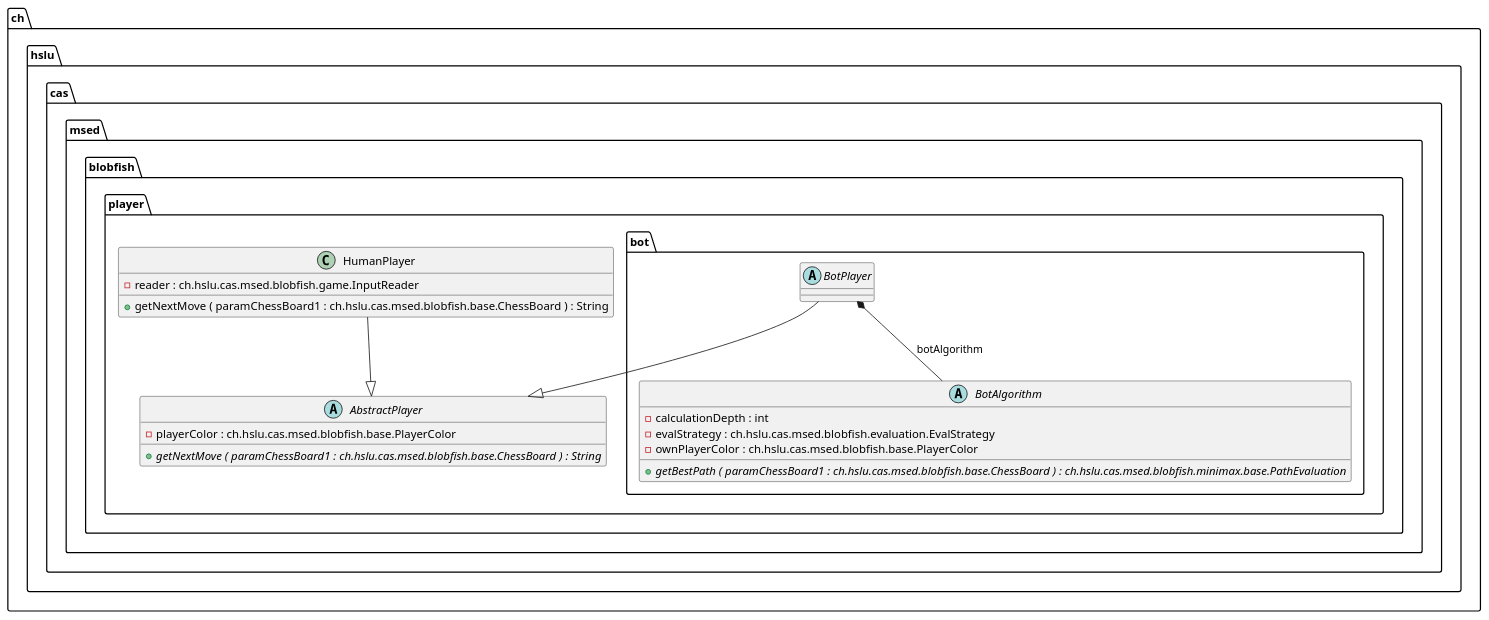
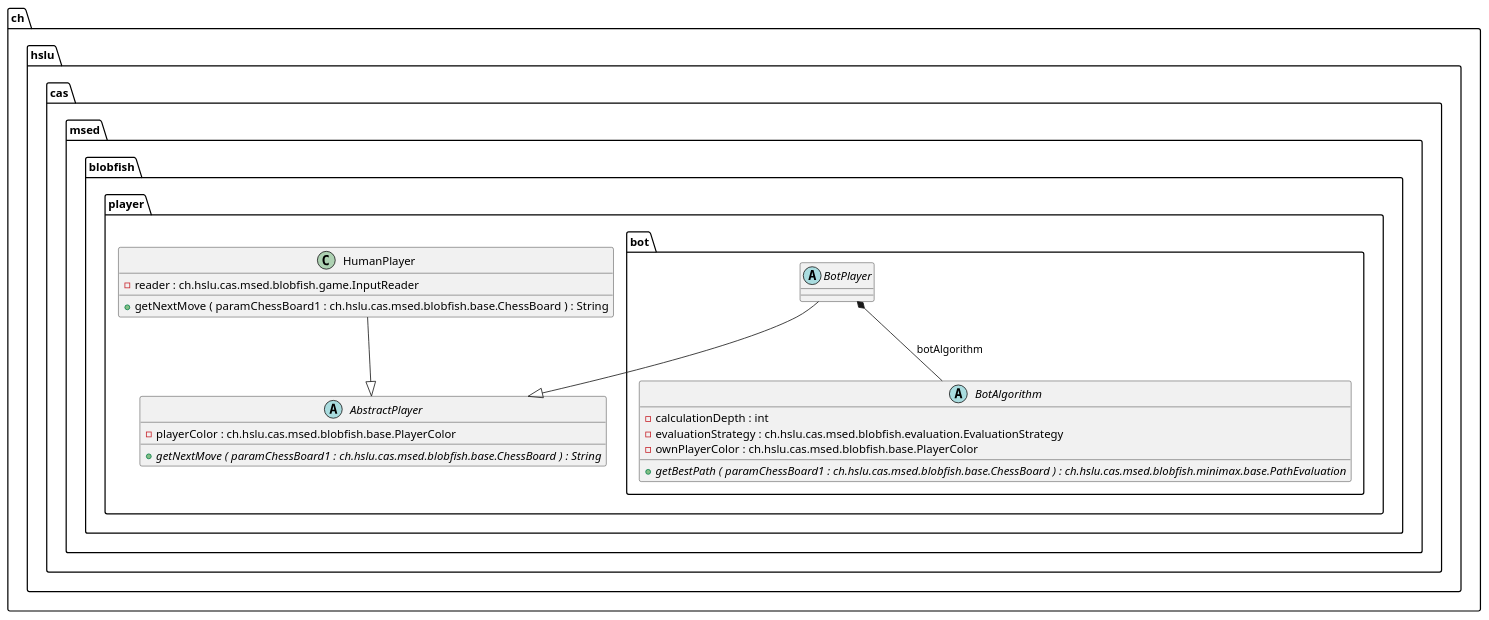
The diagram in docs/generated-diagrams/player.puml (l2c0r3/blobfish), drawn with PlantUML before and after one commit. The commit also changed 13 other files, not shown here.

Commit message:
update generated UML diagrams

```diff
--- a/docs/generated-diagrams/player.puml
+++ b/docs/generated-diagrams/player.puml
@@ -1,34 +1,34 @@
 @startuml
 
 abstract class ch.hslu.cas.msed.blobfish.player.AbstractPlayer {
 	{field} -playerColor : ch.hslu.cas.msed.blobfish.base.PlayerColor
 	{method}  {abstract} +getNextMove ( paramChessBoard1 : ch.hslu.cas.msed.blobfish.base.ChessBoard ) : String
 }
 
 
 class ch.hslu.cas.msed.blobfish.player.HumanPlayer {
 	{field} -reader : ch.hslu.cas.msed.blobfish.game.InputReader
 	{method} +getNextMove ( paramChessBoard1 : ch.hslu.cas.msed.blobfish.base.ChessBoard ) : String
 }
 
 
 abstract class ch.hslu.cas.msed.blobfish.player.bot.BotAlgorithm {
 	{field} -calculationDepth : int
-	{field} -evalStrategy : ch.hslu.cas.msed.blobfish.evaluation.EvalStrategy
+	{field} -evaluationStrategy : ch.hslu.cas.msed.blobfish.evaluation.EvaluationStrategy
 	{field} -ownPlayerColor : ch.hslu.cas.msed.blobfish.base.PlayerColor
 	{method}  {abstract} +getBestPath ( paramChessBoard1 : ch.hslu.cas.msed.blobfish.base.ChessBoard ) : ch.hslu.cas.msed.blobfish.minimax.base.PathEvaluation
 }
 
 
 abstract class ch.hslu.cas.msed.blobfish.player.bot.BotPlayer {
 }
 
 
 
 
 ch.hslu.cas.msed.blobfish.player.HumanPlayer --|>  ch.hslu.cas.msed.blobfish.player.AbstractPlayer
 ch.hslu.cas.msed.blobfish.player.bot.BotPlayer *--  ch.hslu.cas.msed.blobfish.player.bot.BotAlgorithm : botAlgorithm
 ch.hslu.cas.msed.blobfish.player.bot.BotPlayer --|>  ch.hslu.cas.msed.blobfish.player.AbstractPlayer
 
 
 @enduml
```
